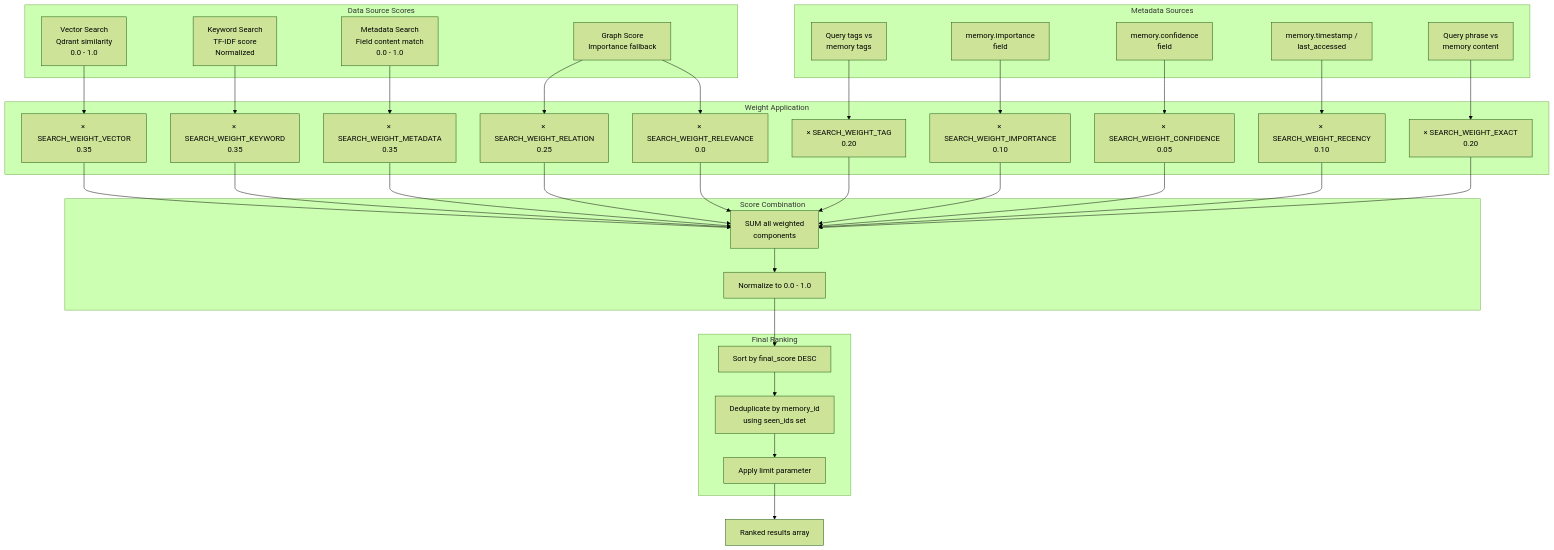
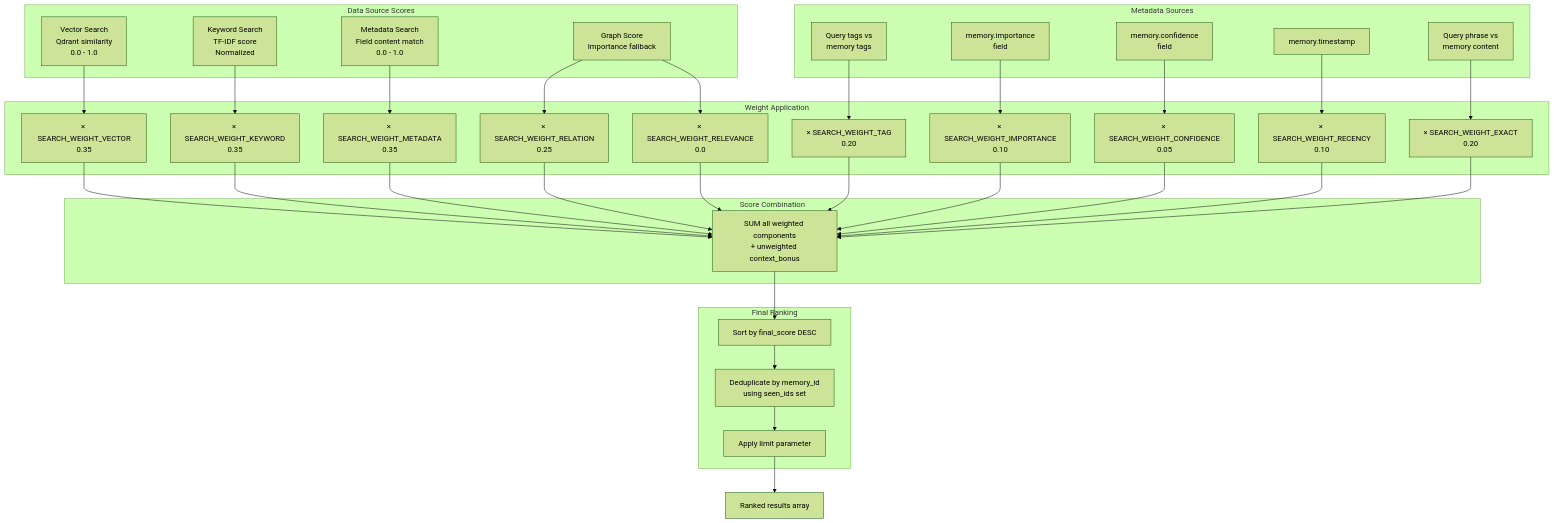
One commit to verygoodplugins/automem-website changed the third of 3 diagrams in src/content/docs/docs/core-concepts/hybrid-search.md. Above: the diagram before and after it, drawn with Mermaid (forest theme). The commit also changed other lines of this file, not shown here.

````diff
--- a/src/content/docs/docs/core-concepts/hybrid-search.md
+++ b/src/content/docs/docs/core-concepts/hybrid-search.md
@@ -236,71 +238,69 @@
 ```mermaid
 flowchart TD
     subgraph sources ["Data Source Scores"]
         VS["Vector Search<br/>Qdrant similarity<br/>0.0 - 1.0"]
         KS["Keyword Search<br/>TF-IDF score<br/>Normalized"]
         MS["Metadata Search<br/>Field content match<br/>0.0 - 1.0"]
         GS["Graph Score<br/>Importance fallback"]
     end
 
     subgraph metadata ["Metadata Sources"]
         TagSrc["Query tags vs<br/>memory tags"]
         ImpSrc["memory.importance<br/>field"]
         ConfSrc["memory.confidence<br/>field"]
-        RecSrc["memory.timestamp /<br/>last_accessed"]
+        RecSrc["memory.timestamp"]
         ExSrc["Query phrase vs<br/>memory content"]
     end
 
     subgraph weights ["Weight Application"]
         VW["× SEARCH_WEIGHT_VECTOR<br/>0.35"]
         KW["× SEARCH_WEIGHT_KEYWORD<br/>0.35"]
         MW["× SEARCH_WEIGHT_METADATA<br/>0.35"]
         TagW["× SEARCH_WEIGHT_TAG<br/>0.20"]
         IW["× SEARCH_WEIGHT_IMPORTANCE<br/>0.10"]
         ConfW["× SEARCH_WEIGHT_CONFIDENCE<br/>0.05"]
         RecW["× SEARCH_WEIGHT_RECENCY<br/>0.10"]
         ExW["× SEARCH_WEIGHT_EXACT<br/>0.20"]
         RW["× SEARCH_WEIGHT_RELATION<br/>0.25"]
         CtxW["× SEARCH_WEIGHT_RELEVANCE<br/>0.0"]
     end
 
     subgraph combination ["Score Combination"]
-        Sum["SUM all weighted<br/>components"]
-        Normalize["Normalize to 0.0 - 1.0"]
+        Sum["SUM all weighted components<br/>+ unweighted context_bonus"]
     end
 
     subgraph output ["Final Ranking"]
         Sort["Sort by final_score DESC"]
         Dedup["Deduplicate by memory_id<br/>using seen_ids set"]
         Limit["Apply limit parameter"]
     end
 
     Results["Ranked results array"]
 
     VS --> VW
     KS --> KW
     MS --> MW
     TagSrc --> TagW
     ImpSrc --> IW
     ConfSrc --> ConfW
     RecSrc --> RecW
     ExSrc --> ExW
     GS --> RW
     GS --> CtxW
 
     VW --> Sum
     KW --> Sum
     MW --> Sum
     TagW --> Sum
     IW --> Sum
     ConfW --> Sum
     RecW --> Sum
     ExW --> Sum
     RW --> Sum
     CtxW --> Sum
 
-    Sum --> Normalize
-    Normalize --> Sort
+    Sum --> Sort
     Sort --> Dedup
     Dedup --> Limit
     Limit --> Results
 ```
````
